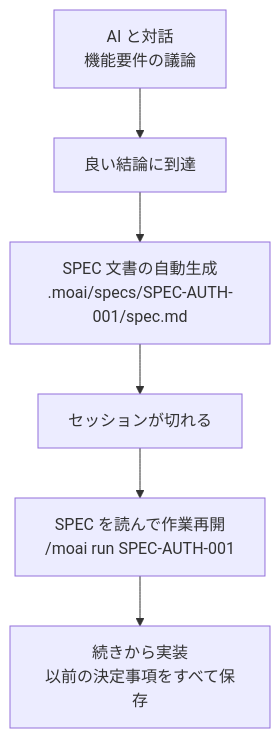
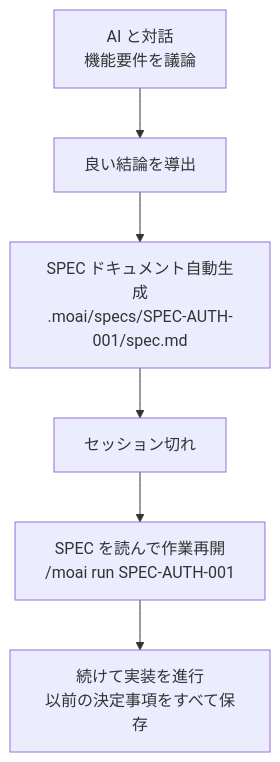
The second of 5 diagrams in docs-site/content/ja/core-concepts/spec-based-dev.md (modu-ai/moai-adk), drawn with Mermaid before and after one commit. The commit also changed other lines of this file and 180 other files, not shown here.

````diff
--- a/docs-site/content/ja/core-concepts/spec-based-dev.md
+++ b/docs-site/content/ja/core-concepts/spec-based-dev.md
@@ -62,8 +68,8 @@
 ```mermaid
 flowchart TD
-    A["AI と対話\n機能要件の議論"] --> B["良い結論に到達"]
-    B --> C["SPEC 文書の自動生成\n.moai/specs/SPEC-AUTH-001/spec.md"]
-    C --> D["セッションが切れる"]
+    A["AI と対話\n機能要件を議論"] --> B["良い結論を導出"]
+    B --> C["SPEC ドキュメント自動生成\n.moai/specs/SPEC-AUTH-001/spec.md"]
+    C --> D["セッション切れ"]
     D --> E["SPEC を読んで作業再開\n/moai run SPEC-AUTH-001"]
-    E --> F["続きから実装\n以前の決定事項をすべて保存"]
+    E --> F["続けて実装を進行\n以前の決定事項をすべて保存"]
 ```
````
